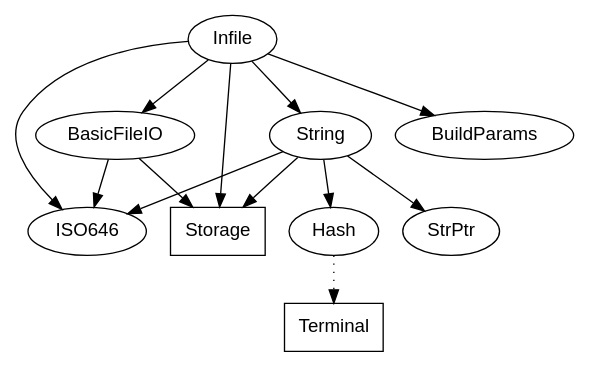
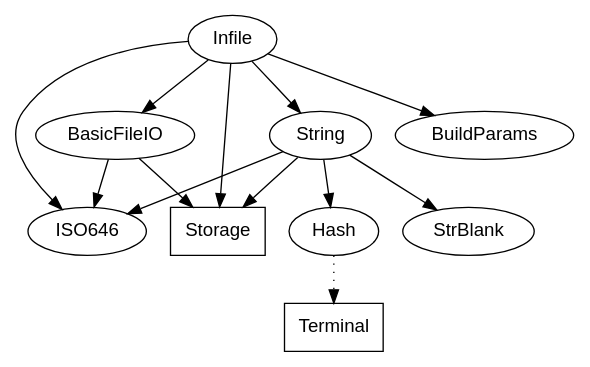
The diagram in Infile.dep.dot (m2sf/M2PP-Module-Dependency-Graphs), drawn with Graphviz before and after one commit. The commit also changed 12 other files, not shown here.

```diff
--- a/Infile.dep.dot
+++ b/Infile.dep.dot
@@ -1,30 +1,32 @@
 digraph InfileDep {
   node [fontname=helvetica];
   
   Infile -> {
     BasicFileIO BuildParams ISO646 Storage String
   };
   
   BasicFileIO -> {
     ISO646 Storage
   };
     
   ISO646; /* no dependencies */
   
   Storage [shape=box]; /* stdlib */
   
   BuildParams; /* no dependencies */
   
   String -> {
-    Hash ISO646 Storage StrPtr
+    Hash ISO646 Storage StrBlank
   };
   
   edge [style=dotted];
   Hash -> {
     Terminal
   };
   edge [style=none];
   
   Terminal [shape=box]; /* stdlib */
   
+  StrBlank; /* no dependencies */
+  
 } /* InfileDep */
```
